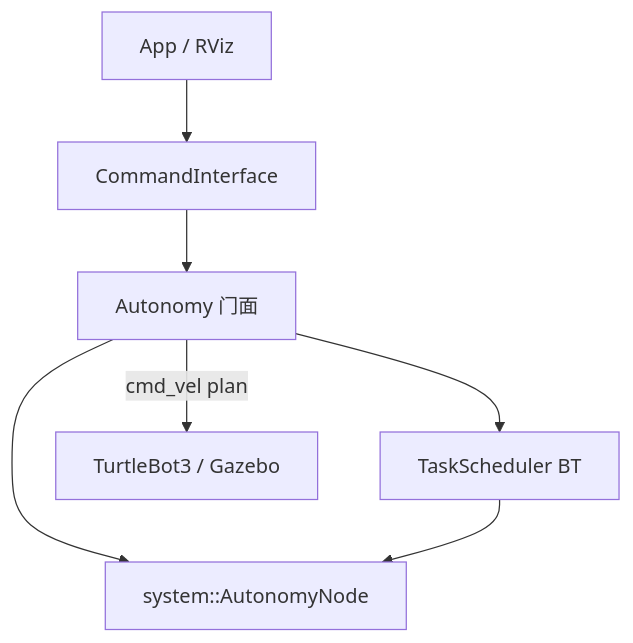
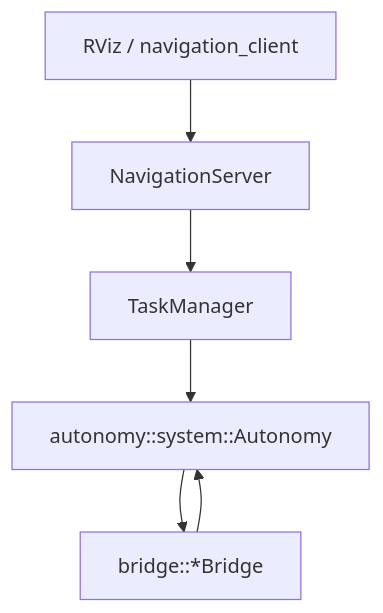
The diagram in README.md (quandy2020/autonomy_ros), drawn with Mermaid before and after one commit. The commit also changed other lines of this file and 99 other files, not shown here.

````diff
--- a/README.md
+++ b/README.md
@@ -44,14 +172,11 @@
 ```mermaid
 flowchart TB
-  App[App / RViz]
-  CI[CommandInterface]
-  A[Autonomy 门面]
-  Core[system::AutonomyNode]
-  TS[TaskScheduler BT]
-  App --> CI
-  CI --> A
-  A --> Core
-  A --> TS
-  TS --> Core
-  A -->|cmd_vel plan| TB3[TurtleBot3 / Gazebo]
+  Client[RViz / navigation_client]
+  NS[NavigationServer]
+  TM[TaskManager]
+  Core[autonomy::system::Autonomy]
+  Bridge[bridge::*Bridge]
+  Client --> NS --> TM --> Core
+  Bridge --> Core
+  Core --> Bridge
 ```
````
